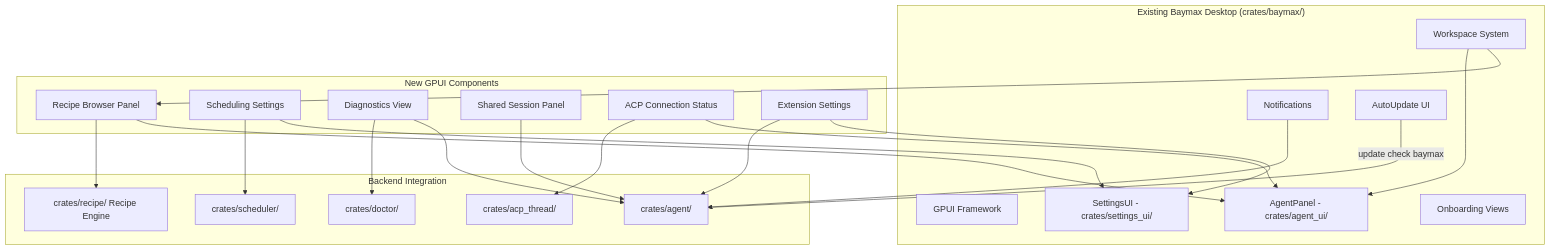
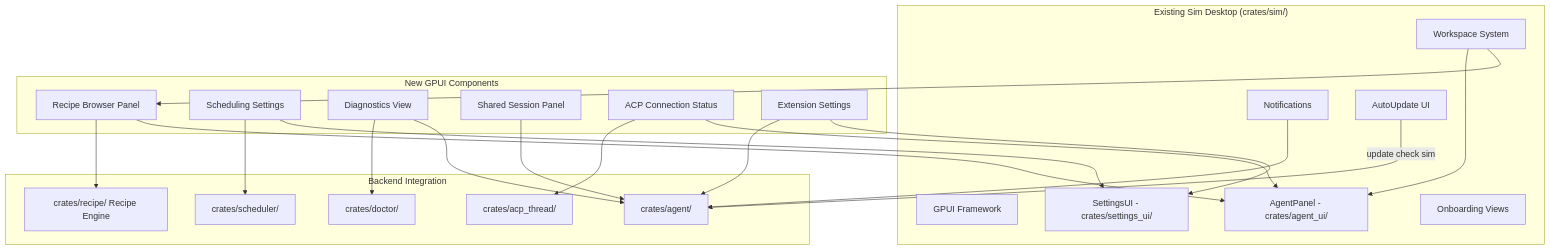
One commit to imagineerings/xor changed the diagram in .agents/specs/goose-migration/desktop-ui/design.md. Above: the diagram before and after it, drawn with Mermaid. The commit also changed other lines of this file and 1952 other files, not shown here.

Commit message:
chore: rename from baymax to sim (#61)

````diff
--- a/.agents/specs/goose-migration/desktop-ui/design.md
+++ b/.agents/specs/goose-migration/desktop-ui/design.md
@@ -16,46 +16,46 @@
 ```mermaid
 graph TD
-    subgraph "Existing Baymax Desktop (crates/baymax/)"
+    subgraph "Existing Sim Desktop (crates/sim/)"
         GPUI[GPUI Framework]
         Workspace[Workspace System]
         AgentPanel[AgentPanel - crates/agent_ui/]
         SettingsUI[SettingsUI - crates/settings_ui/]
         Notifications[Notifications]
         AutoUpdateUI[AutoUpdate UI]
         Onboarding[Onboarding Views]
     end
 
     subgraph "New GPUI Components"
         RecipeUI[Recipe Browser Panel]
         ScheduleUI[Scheduling Settings]
         DiagView[Diagnostics View]
         SharedSesh[Shared Session Panel]
         ConnStatus[ACP Connection Status]
         ExtSettings[Extension Settings]
     end
 
     subgraph "Backend Integration"
         Agent[crates/agent/]
         Service[crates/recipe/ Recipe Engine]
         Sched[crates/scheduler/]
         Doctor[crates/doctor/]
         ACP[crates/acp_thread/]
     end
 
     RecipeUI --> Service
     RecipeUI --> AgentPanel
     ScheduleUI --> Sched
     ScheduleUI --> SettingsUI
     DiagView --> Doctor
     DiagView --> Agent
     SharedSesh --> Agent
     ConnStatus --> ACP
     ConnStatus --> AgentPanel
     ExtSettings --> Agent
     ExtSettings --> SettingsUI
     
     Workspace --> AgentPanel
     Workspace --> RecipeUI
     Notifications --> Agent
-    AutoUpdateUI -->|update check baymax| Agent
+    AutoUpdateUI -->|update check sim| Agent
 ```
````
